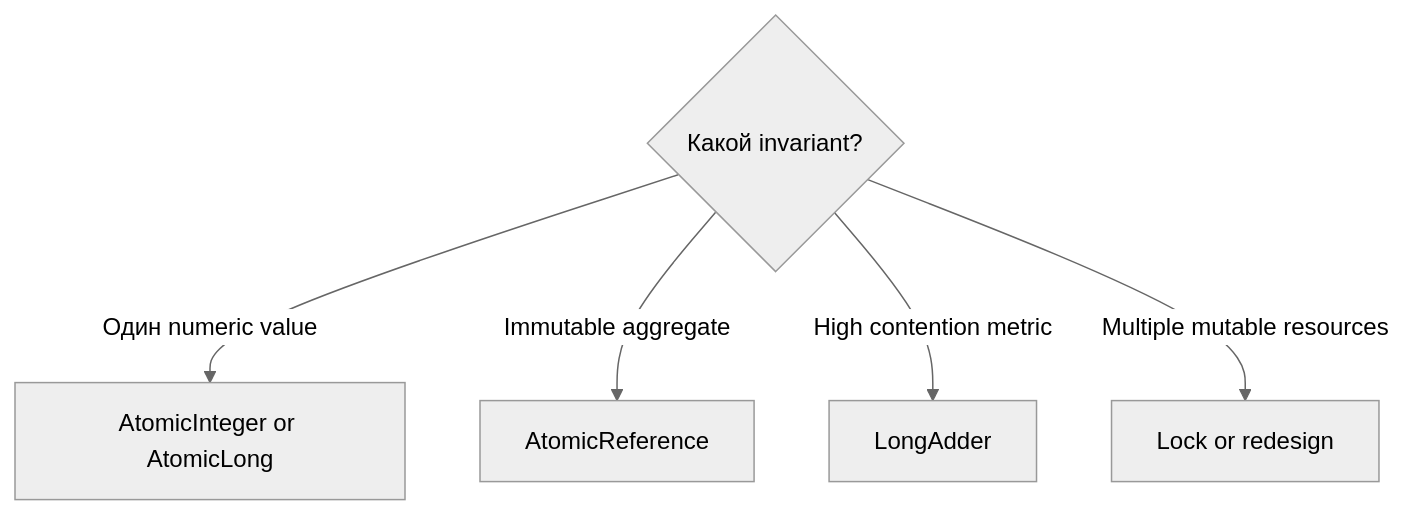
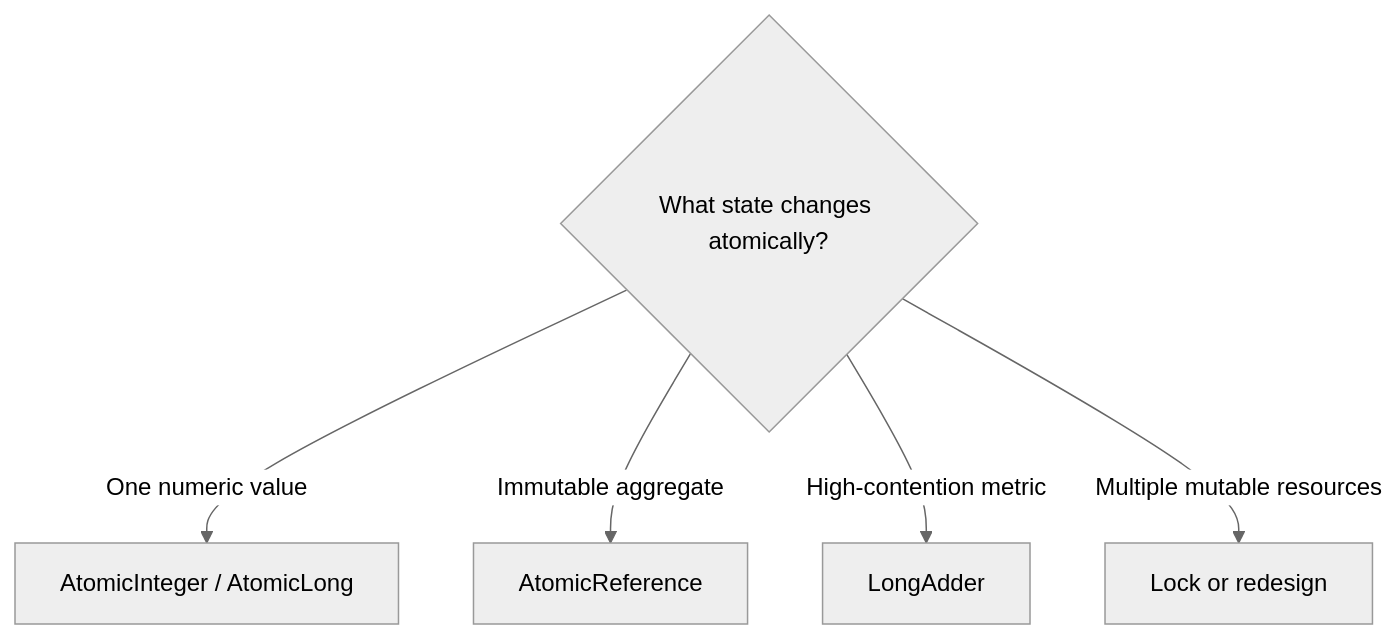
The third of 3 diagrams in 10_CONCEPTS/Java/Concurrency/Concurrency Learning Path.md (alimbetov/obsidian), drawn with Mermaid (neutral theme) before and after one commit. The commit also changed other lines of this file, not shown here.

````diff
--- a/10_CONCEPTS/Java/Concurrency/Concurrency Learning Path.md
+++ b/10_CONCEPTS/Java/Concurrency/Concurrency Learning Path.md
@@ -73,7 +110,7 @@
 ```mermaid
 flowchart TD
-    A{Какой invariant?} -->|Один numeric value| B[AtomicInteger or AtomicLong]
-    A -->|Immutable aggregate| C[AtomicReference]
-    A -->|High contention metric| D[LongAdder]
-    A -->|Multiple mutable resources| E[Lock or redesign]
+    A{"What state changes atomically?"} -->|"One numeric value"| B["AtomicInteger / AtomicLong"]
+    A -->|"Immutable aggregate"| C["AtomicReference"]
+    A -->|"High-contention metric"| D["LongAdder"]
+    A -->|"Multiple mutable resources"| E["Lock or redesign"]
 ```
````
